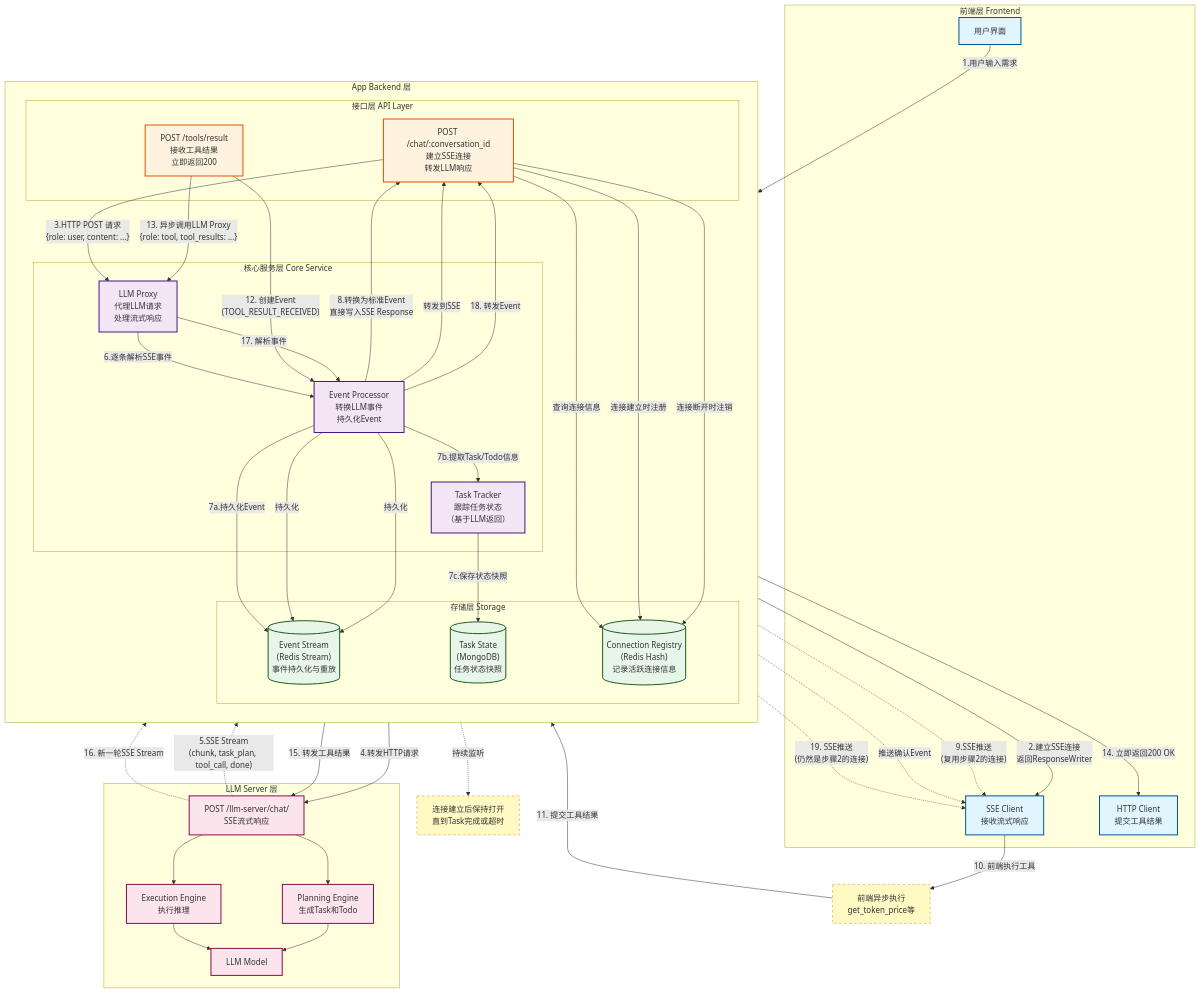
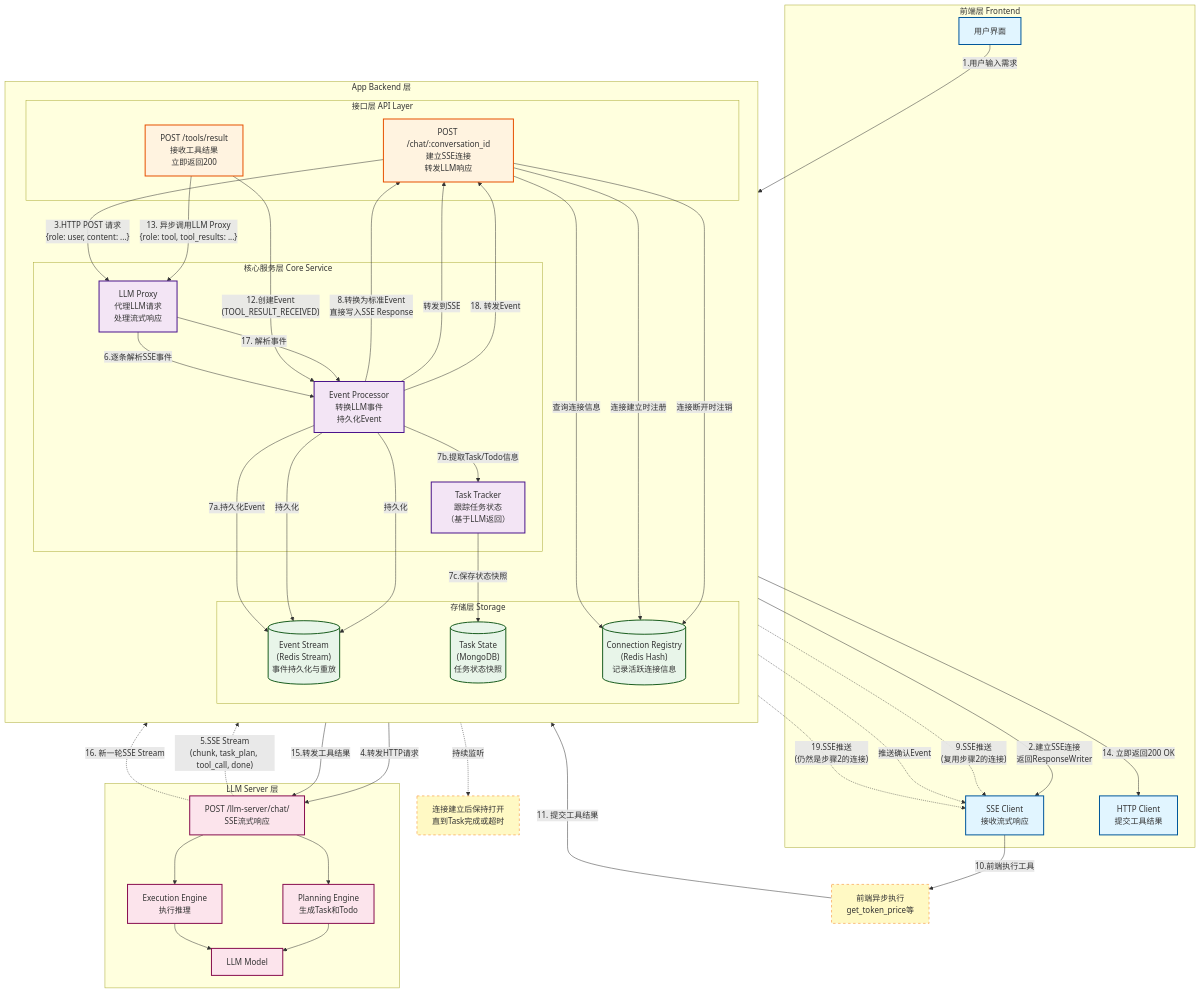
Before and after one commit to yingjianzh/iodraw-files: the diagram in all/未命名-10.md, drawn with Mermaid.

Commit message:
2025-12-22 15:25:45 update

```diff
--- a/all/未命名-10.md
+++ b/all/未命名-10.md
@@ -56,10 +56,10 @@
     Chat_API -.->|"9.SSE推送<br/>(复用步骤2的连接)"| SSE_Client
     
     %% ===== 工具调用流程 =====
-    SSE_Client -->|"10. 前端执行工具"| Note2["前端异步执行<br/>get_token_price等"]
+    SSE_Client -->|"10.前端执行工具"| Note2["前端异步执行<br/>get_token_price等"]
     Note2 -->|"11. 提交工具结果"| Tool_API
     
-    Tool_API -->|"12. 创建Event<br/>(TOOL_RESULT_RECEIVED)"| Event_Processor
+    Tool_API -->|"12.创建Event<br/>(TOOL_RESULT_RECEIVED)"| Event_Processor
     Event_Processor -->|"持久化"| Event_Stream
     Event_Processor -->|"转发到SSE"| Chat_API
     Chat_API -.->|"推送确认Event"| SSE_Client
@@ -68,12 +68,12 @@
     Tool_API -->|"14. 立即返回200 OK"| HTTP_Client
     
     %% ===== 第二轮LLM响应 =====
-    LLM_Proxy -->|"15. 转发工具结果"| LLM_API
+    LLM_Proxy -->|"15.转发工具结果"| LLM_API
     LLM_API -.->|"16. 新一轮SSE Stream"| LLM_Proxy
     LLM_Proxy -->|"17. 解析事件"| Event_Processor
     Event_Processor -->|"持久化"| Event_Stream
     Event_Processor -->|"18. 转发Event"| Chat_API
-    Chat_API -.->|"19. SSE推送<br/>(仍然是步骤2的连接)"| SSE_Client
+    Chat_API -.->|"19.SSE推送<br/>(仍然是步骤2的连接)"| SSE_Client
     
     %% ===== 内部依赖 =====
     Chat_API -->|"查询连接信息"| Conn_Registry
```
